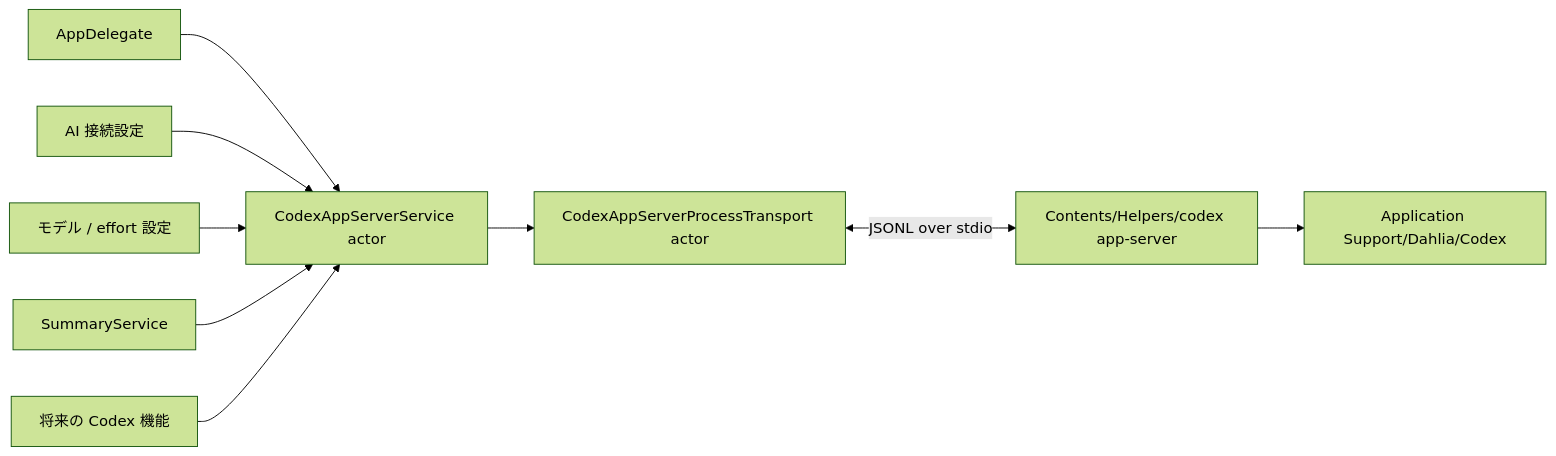
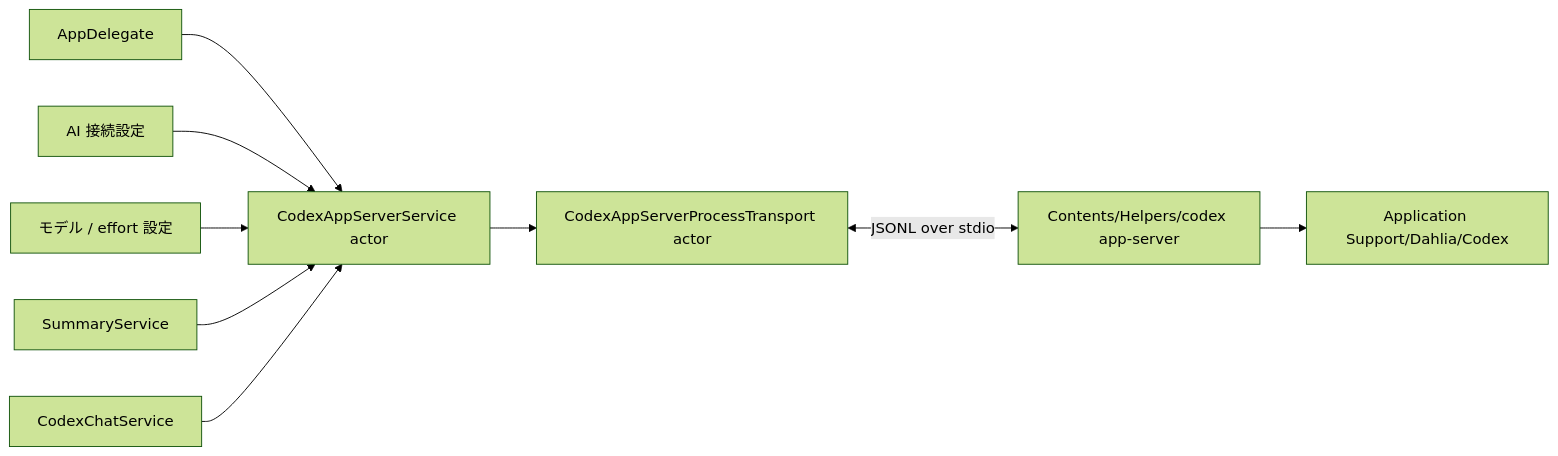
Before and after one commit to dahlia-org/dahlia: the first of 3 diagrams in docs/adr/0003-use-a-shared-codex-app-server.md, drawn with Mermaid (forest theme). The commit also changed other lines of this file and 46 other files, not shown here.

Commit message:
Add Codex app-server chat

````diff
--- a/docs/adr/0003-use-a-shared-codex-app-server.md
+++ b/docs/adr/0003-use-a-shared-codex-app-server.md
@@ -33,11 +33,11 @@
 ```mermaid
 flowchart LR
     App["AppDelegate"] --> Service["CodexAppServerService actor"]
     Account["AI 接続設定"] --> Service
     Models["モデル / effort 設定"] --> Service
     Summary["SummaryService"] --> Service
-    Future["将来の Codex 機能"] --> Service
+    Chat["CodexChatService"] --> Service
     Service --> Transport["CodexAppServerProcessTransport actor"]
     Transport <-->|"JSONL over stdio"| Child["Contents/Helpers/codex app-server"]
     Child --> Home["Application Support/Dahlia/Codex"]
 ```
````
